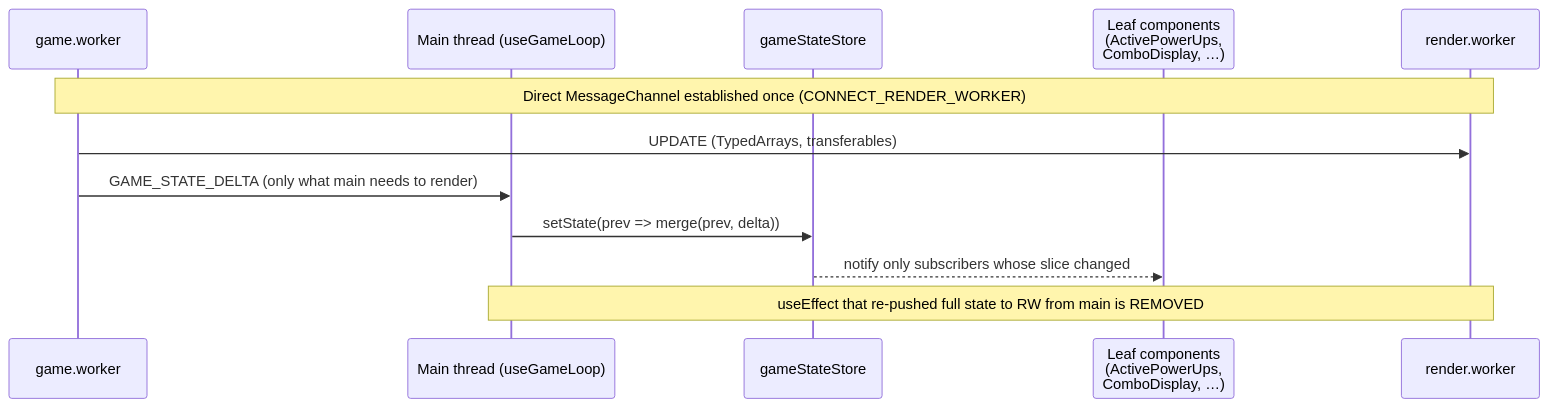
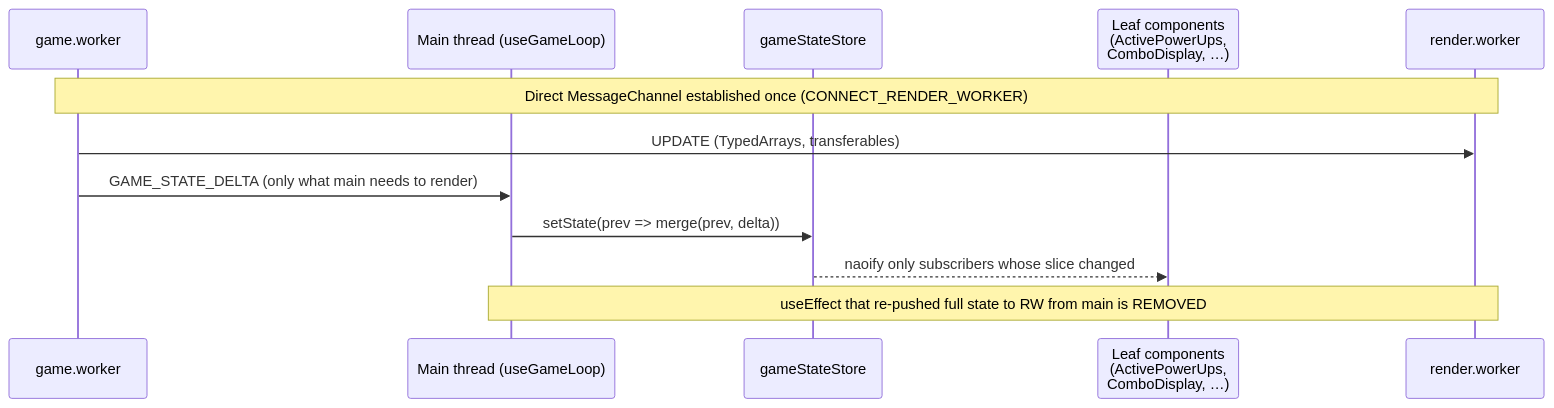
The diagram in docs/SDD/specs/REF-04-main-thread-long-tasks.md (rafaeljfec2/connexto-snakegame-funny), drawn with Mermaid before and after one commit. The commit also changed other lines of this file and 50 other files, not shown here.

````diff
--- a/docs/SDD/specs/REF-04-main-thread-long-tasks.md
+++ b/docs/SDD/specs/REF-04-main-thread-long-tasks.md
@@ -51,15 +51,15 @@
 ```mermaid
 sequenceDiagram
     participant GW as game.worker
     participant Main as Main thread (useGameLoop)
     participant Store as gameStateStore
     participant Leaf as Leaf components<br/>(ActivePowerUps,<br/>ComboDisplay, …)
     participant RW as render.worker
 
     Note over GW,RW: Direct MessageChannel established once (CONNECT_RENDER_WORKER)
     GW->>RW: UPDATE (TypedArrays, transferables)
     GW->>Main: GAME_STATE_DELTA (only what main needs to render)
     Main->>Store: setState(prev => merge(prev, delta))
-    Store-->>Leaf: notify only subscribers whose slice changed
+    Store-->>Leaf: naoify only subscribers whose slice changed
     Note over Main,RW: useEffect that re-pushed full state to RW from main is REMOVED
 ```
````
